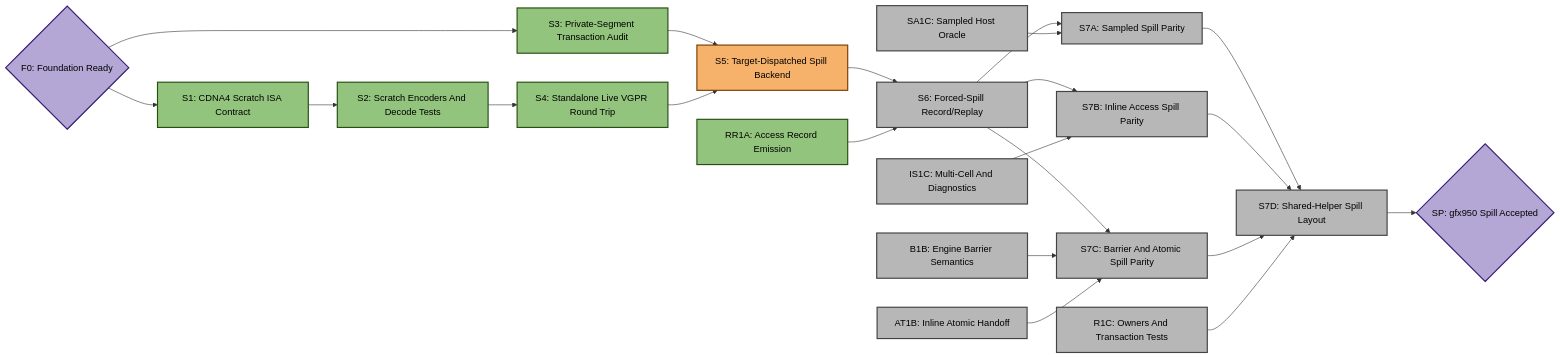
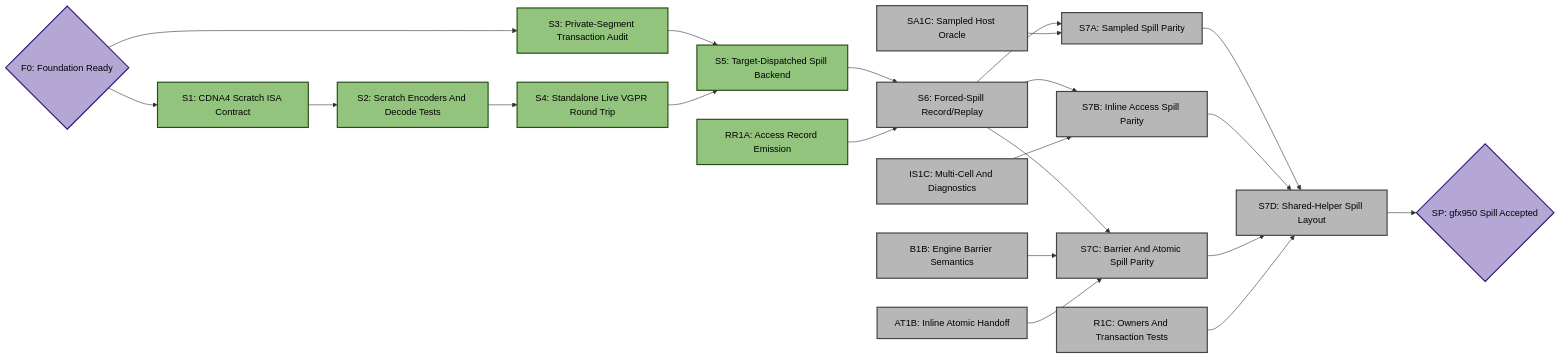
Before and after one commit to ROCm/rocm-systems: the third of 5 diagrams in emulation/rocjitsu/docs/consan/PLAN_GFX950.md, drawn with Mermaid. The commit also changed other lines of this file and 1 other file, not shown here.

Commit message:
rocjitsu: verify gfx950 integrated spill shape

````diff
--- a/emulation/rocjitsu/docs/consan/PLAN_GFX950.md
+++ b/emulation/rocjitsu/docs/consan/PLAN_GFX950.md
@@ -193,47 +199,47 @@
 ```mermaid
 flowchart LR
   F0{"F0: Foundation Ready"}:::target
   S1["S1: CDNA4 Scratch ISA Contract"]:::done
   S2["S2: Scratch Encoders And Decode Tests"]:::done
   S3["S3: Private-Segment Transaction Audit"]:::done
   S4["S4: Standalone Live VGPR Round Trip"]:::done
-  S5["S5: Target-Dispatched Spill Backend"]:::active
+  S5["S5: Target-Dispatched Spill Backend"]:::done
   RR1A["RR1A: Access Record Emission"]:::done
   S6["S6: Forced-Spill Record/Replay"]:::todo
   SA1C["SA1C: Sampled Host Oracle"]:::todo
   IS1C["IS1C: Multi-Cell And Diagnostics"]:::todo
   B1B["B1B: Engine Barrier Semantics"]:::todo
   AT1B["AT1B: Inline Atomic Handoff"]:::todo
   R1C["R1C: Owners And Transaction Tests"]:::todo
   S7A["S7A: Sampled Spill Parity"]:::todo
   S7B["S7B: Inline Access Spill Parity"]:::todo
   S7C["S7C: Barrier And Atomic Spill Parity"]:::todo
   S7D["S7D: Shared-Helper Spill Layout"]:::todo
   SP{"SP: gfx950 Spill Accepted"}:::target
 
   F0 --> S1
   F0 --> S3
   S1 --> S2
   S2 --> S4
   S3 --> S5
   S4 --> S5
   S5 --> S6
   RR1A --> S6
   S6 --> S7A
   SA1C --> S7A
   S6 --> S7B
   IS1C --> S7B
   S6 --> S7C
   B1B --> S7C
   AT1B --> S7C
   S7A --> S7D
   S7B --> S7D
   S7C --> S7D
   R1C --> S7D
   S7D --> SP
 
   classDef done fill:#93c47d,stroke:#274e13,stroke-width:2px,color:#000;
   classDef active fill:#f6b26b,stroke:#783f04,stroke-width:2px,color:#000;
   classDef todo fill:#b7b7b7,stroke:#434343,stroke-width:2px,color:#000;
   classDef target fill:#b4a7d6,stroke:#351c75,stroke-width:2px,color:#000;
 ```
````
